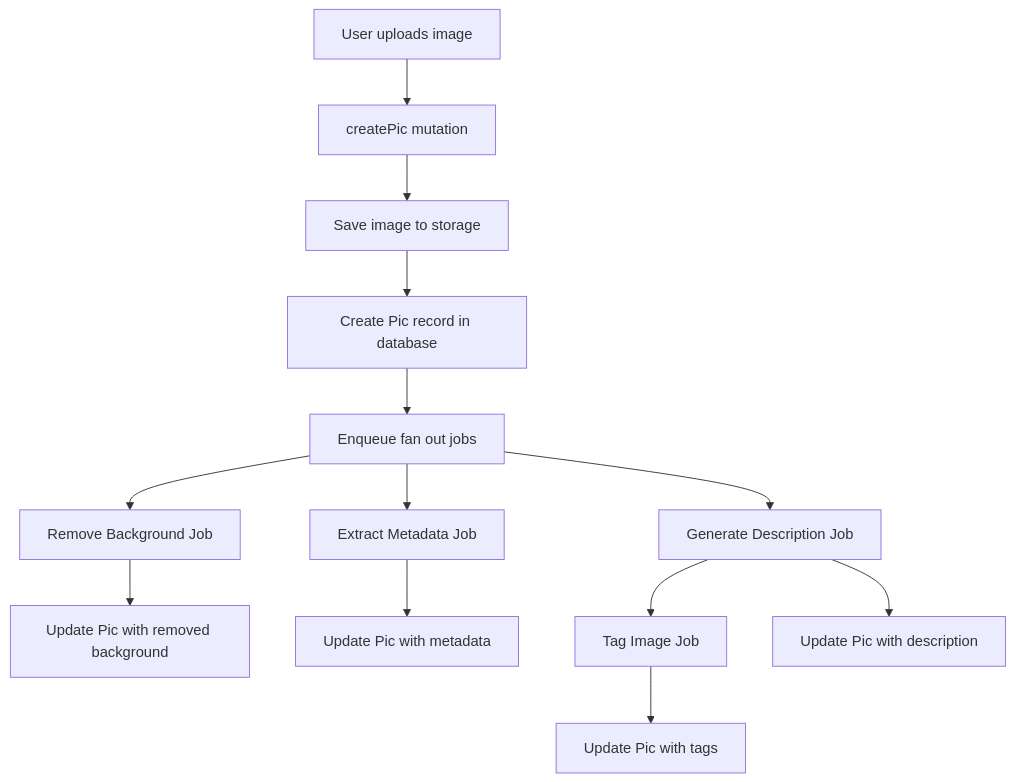
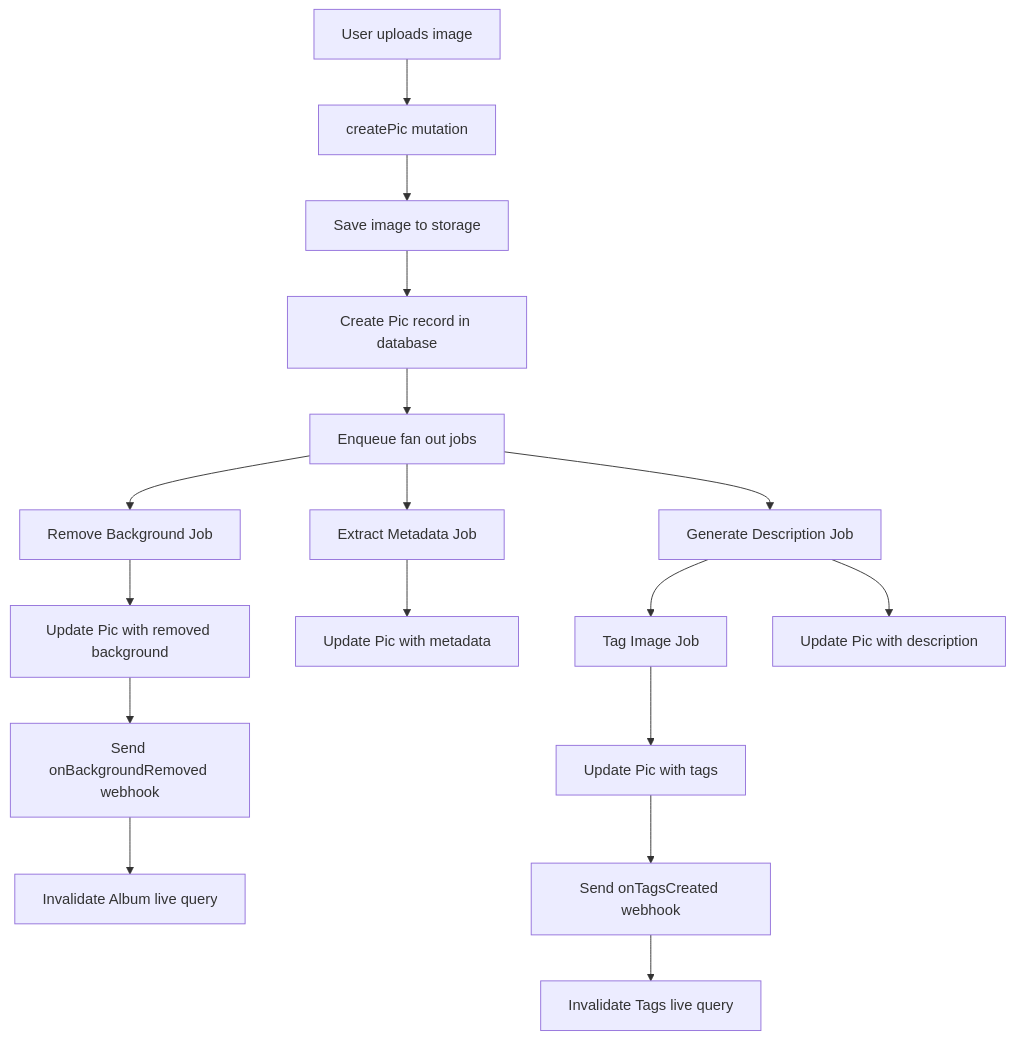
The diagram in README.md (dthyresson/pixeez), drawn with Mermaid before and after one commit. The commit also changed other lines of this file and 1 other file, not shown here.

Commit message:
live query flow

````diff
--- a/README.md
+++ b/README.md
@@ -74,16 +75,23 @@
 ```mermaid
 graph TD
     A[User uploads image] --> B[createPic mutation]
     B --> C[Save image to storage]
     C --> D[Create Pic record in database]
     D --> E[Enqueue fan out jobs]
     E --> F[Remove Background Job]
     E --> G[Extract Metadata Job]
     E --> H[Generate Description Job]
     H --> I[Tag Image Job]
 
     F --> J[Update Pic with removed background]
-    G --> K[Update Pic with metadata]
-    H --> L[Update Pic with description]
-    I --> M[Update Pic with tags]
+    J --> K[Send onBackgroundRemoved webhook]
+    K --> L[Invalidate Album live query]
+
+    G --> M[Update Pic with metadata]
+
+    H --> N[Update Pic with description]
+
+    I --> O[Update Pic with tags]
+    O --> P[Send onTagsCreated webhook]
+    P --> Q[Invalidate Tags live query]
 ```
````
